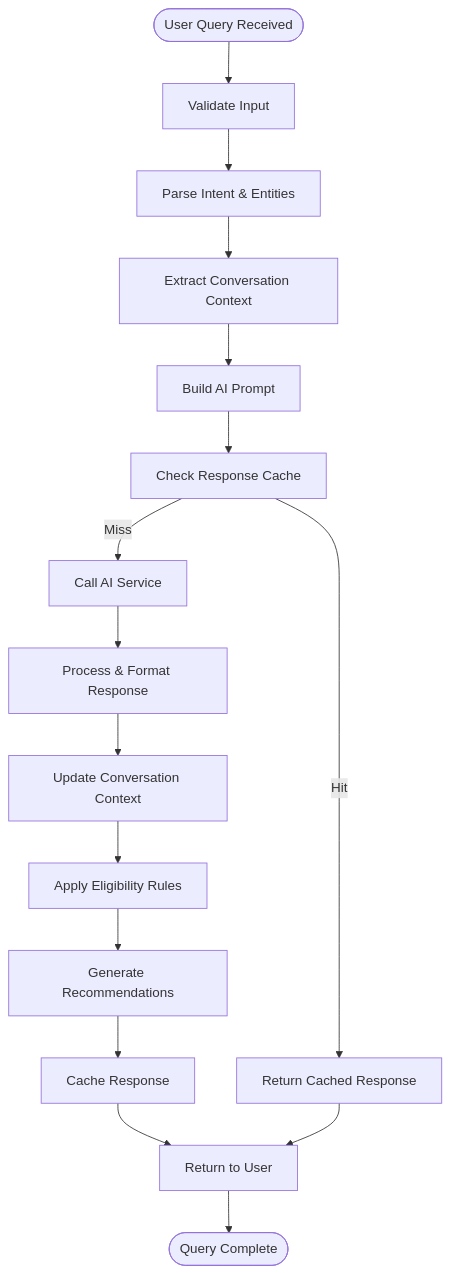
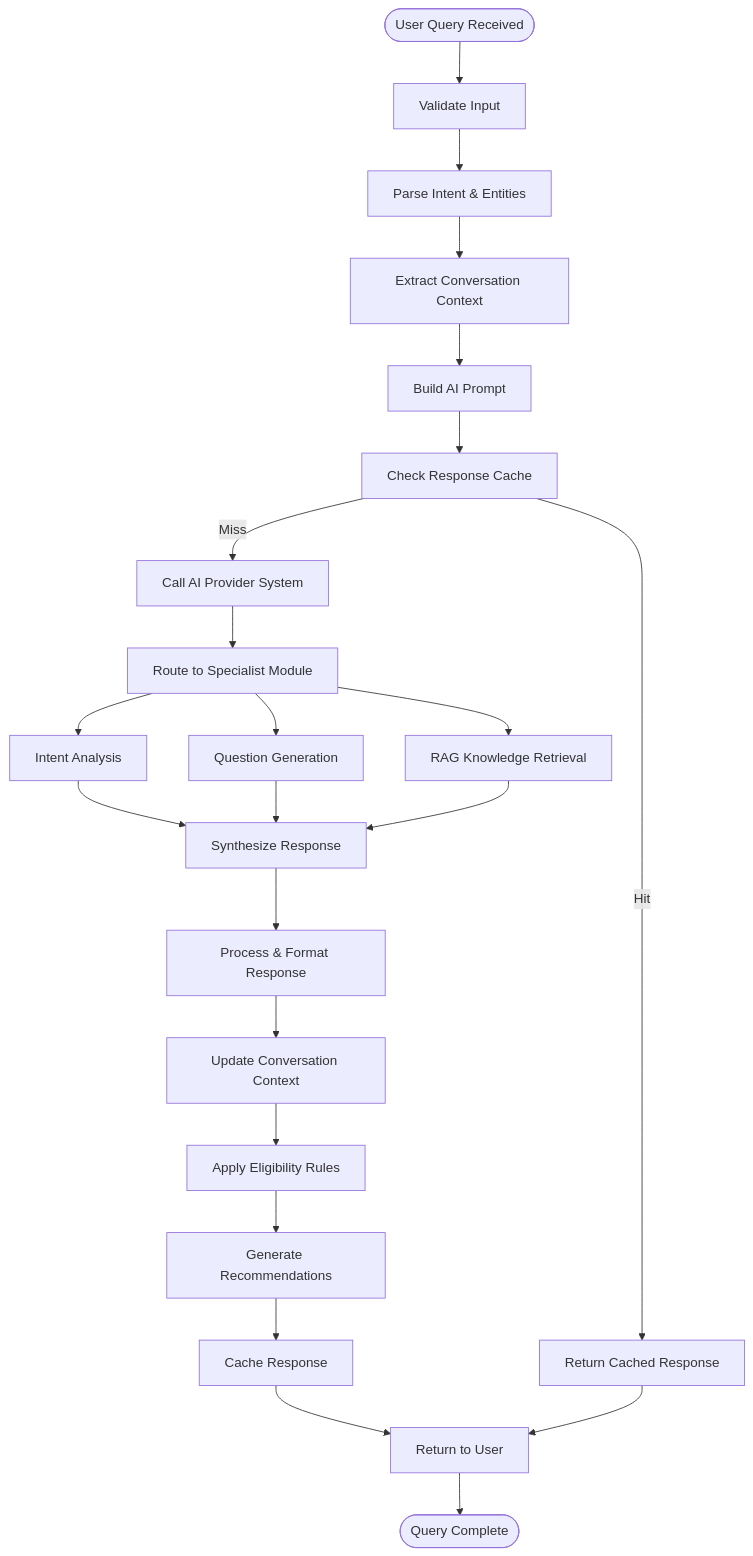
One commit to alibaba-hackathon-fsi/frontend-vaya changed the fifth of 8 diagrams in .qoder/repowiki/en/content/Chat Interface/AI Processing Engine.md. Above: the diagram before and after it, drawn with Mermaid. The commit also changed other lines of this file and 77 other files, not shown here.

````diff
--- a/.qoder/repowiki/en/content/Chat Interface/AI Processing Engine.md
+++ b/.qoder/repowiki/en/content/Chat Interface/AI Processing Engine.md
@@ -145,18 +333,25 @@
 ```mermaid
 flowchart TD
 Start([User Query Received]) --> Validate["Validate Input"]
 Validate --> ParseIntent["Parse Intent & Entities"]
 ParseIntent --> ExtractContext["Extract Conversation Context"]
 ExtractContext --> BuildPrompt["Build AI Prompt"]
 BuildPrompt --> CheckCache["Check Response Cache"]
 CheckCache --> |Hit| ReturnCached["Return Cached Response"]
-CheckCache --> |Miss| CallAI["Call AI Service"]
-CallAI --> ProcessResponse["Process & Format Response"]
+CheckCache --> |Miss| CallProvider["Call AI Provider System"]
+CallProvider --> RouteToSpecialist["Route to Specialist Module"]
+RouteToSpecialist --> IntentAnalysis["Intent Analysis"]
+RouteToSpecialist --> QuestionGeneration["Question Generation"]
+RouteToSpecialist --> RAGRetrieval["RAG Knowledge Retrieval"]
+IntentAnalysis --> SynthesizeResponse["Synthesize Response"]
+QuestionGeneration --> SynthesizeResponse
+RAGRetrieval --> SynthesizeResponse
+SynthesizeResponse --> ProcessResponse["Process & Format Response"]
 ProcessResponse --> UpdateContext["Update Conversation Context"]
 UpdateContext --> ApplyRules["Apply Eligibility Rules"]
 ApplyRules --> GenerateRecommendations["Generate Recommendations"]
 GenerateRecommendations --> CacheResponse["Cache Response"]
 CacheResponse --> ReturnResponse["Return to User"]
 ReturnCached --> ReturnResponse
 ReturnResponse --> End([Query Complete])
 ```
````
